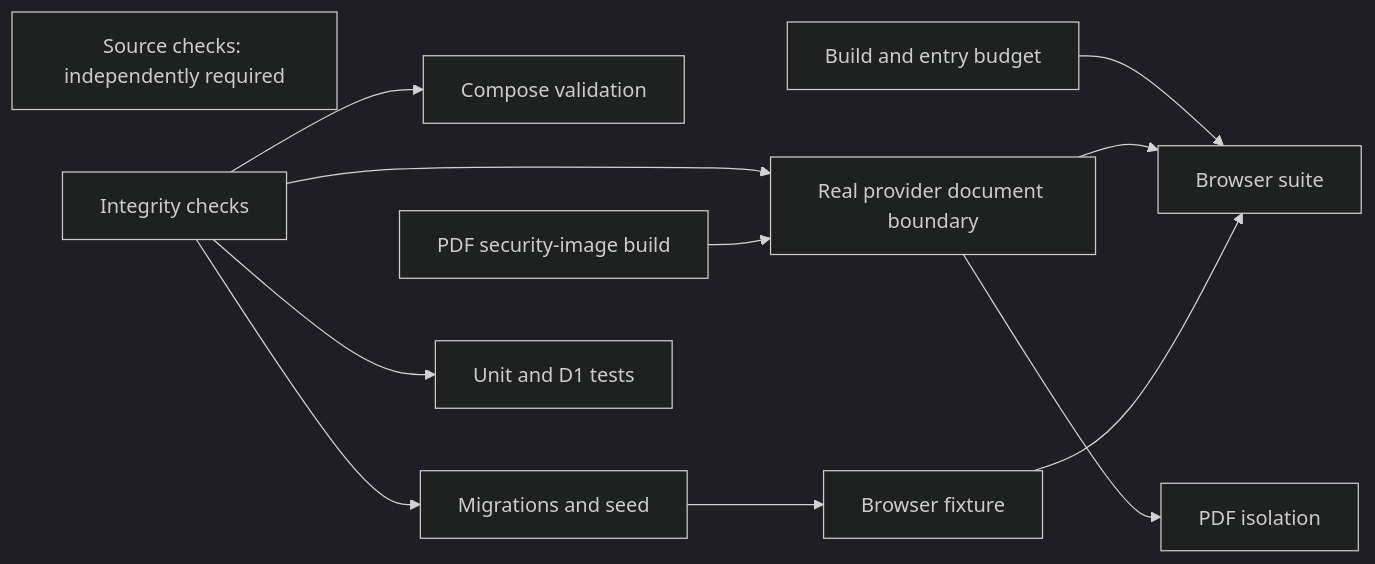
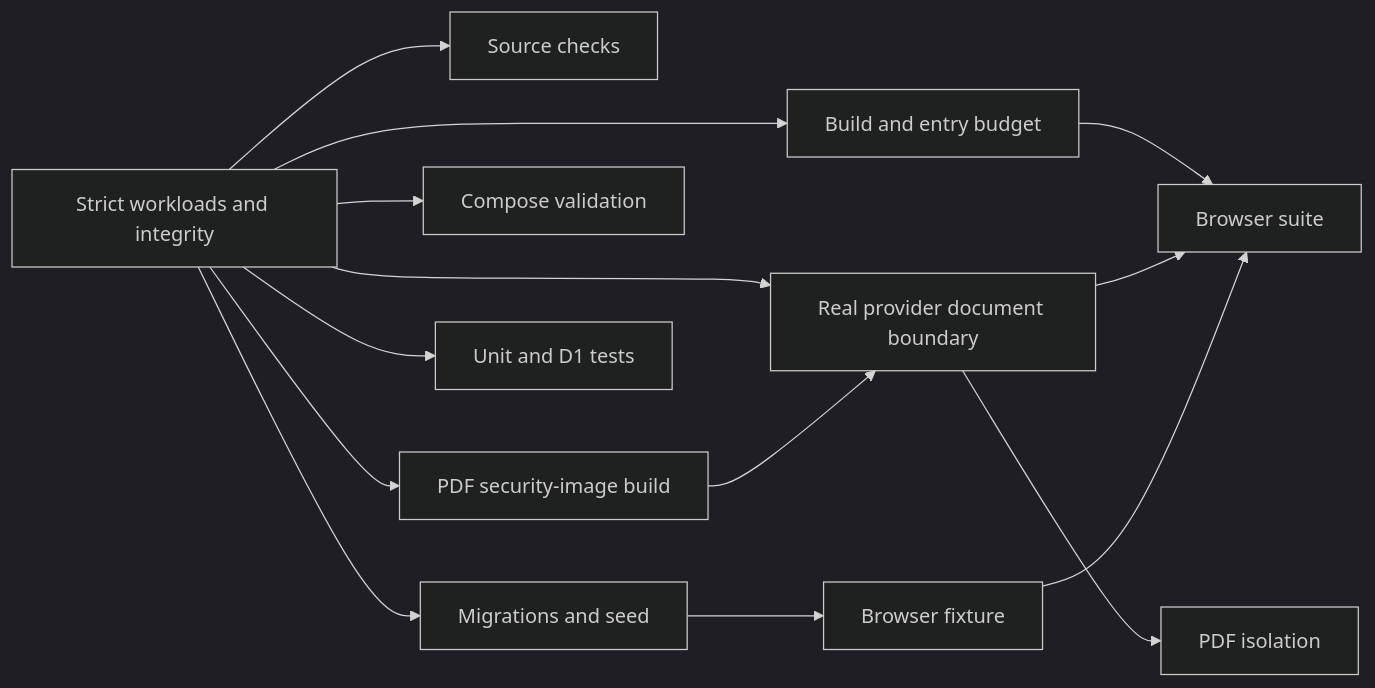
The diagram in docs/engineering/ci-performance.md (cyyapye/keel-fi), drawn with Mermaid (dark theme) before and after one commit. The commit also changed other lines of this file and 4 other files, not shown here.

First line of the commit message:
test: isolate strict workloads before heavy native flows

````diff
--- a/docs/engineering/ci-performance.md
+++ b/docs/engineering/ci-performance.md
@@ -100,15 +102,16 @@
 ```mermaid
 flowchart LR
-  source[Source checks: independently required]
-  build[Build and entry budget]
-  integrity[Integrity checks] --> compose[Compose validation]
+  integrity[Strict workloads and integrity] --> source[Source checks]
+  integrity --> build[Build and entry budget]
+  integrity --> pdfBuild[PDF security-image build]
+  integrity --> compose[Compose validation]
   integrity --> migrations[Migrations and seed]
   integrity --> provider[Real provider document boundary]
-  pdfBuild[PDF security-image build] --> provider
+  pdfBuild --> provider
   provider --> pdf[PDF isolation]
   integrity --> unit[Unit and D1 tests]
   migrations --> browserFixture[Browser fixture]
   build --> browser[Browser suite]
   provider --> browser
   browserFixture --> browser
 ```
````
